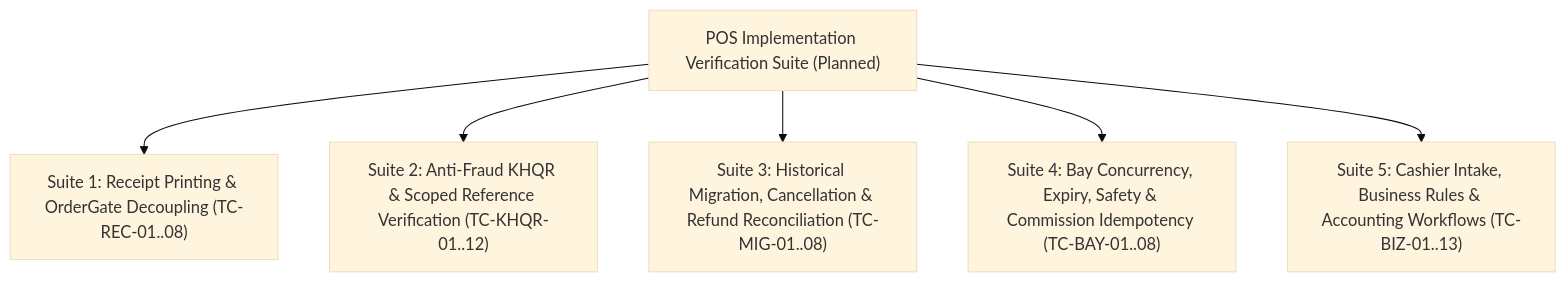
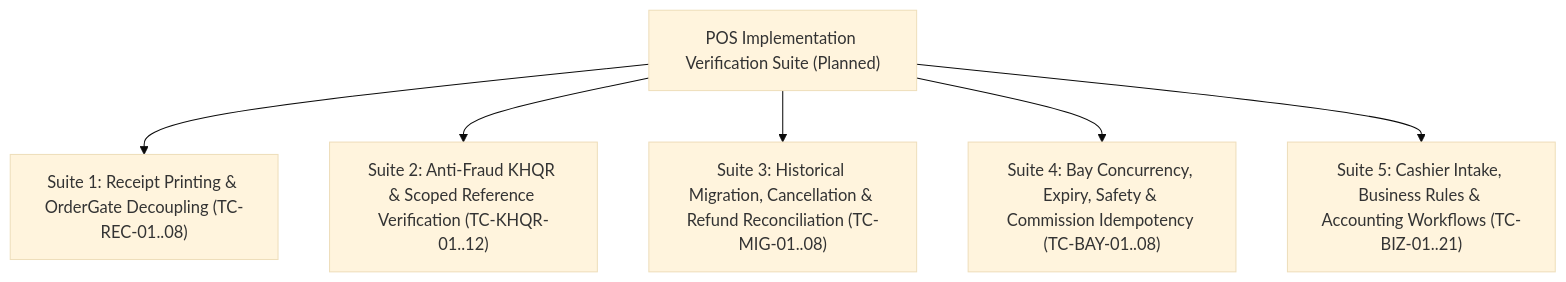
The diagram in POS-IMPLEMENTATION-TEST-MATRIX.md (Tiffy-gif/Car-WashService), drawn with Mermaid (base theme) before and after one commit. The commit also changed other lines of this file and 4 other files, not shown here.

````diff
--- a/POS-IMPLEMENTATION-TEST-MATRIX.md
+++ b/POS-IMPLEMENTATION-TEST-MATRIX.md
@@ -22,16 +22,16 @@
 ```mermaid
 graph TD
     Suite["POS Implementation Verification Suite (Planned)"]
     
     T1["Suite 1: Receipt Printing & OrderGate Decoupling (TC-REC-01..08)"]
     T2["Suite 2: Anti-Fraud KHQR & Scoped Reference Verification (TC-KHQR-01..12)"]
     T3["Suite 3: Historical Migration, Cancellation & Refund Reconciliation (TC-MIG-01..08)"]
     T4["Suite 4: Bay Concurrency, Expiry, Safety & Commission Idempotency (TC-BAY-01..08)"]
-    T5["Suite 5: Cashier Intake, Business Rules & Accounting Workflows (TC-BIZ-01..13)"]
+    T5["Suite 5: Cashier Intake, Business Rules & Accounting Workflows (TC-BIZ-01..21)"]
 
     Suite --> T1
     Suite --> T2
     Suite --> T3
     Suite --> T4
     Suite --> T5
 ```
````
